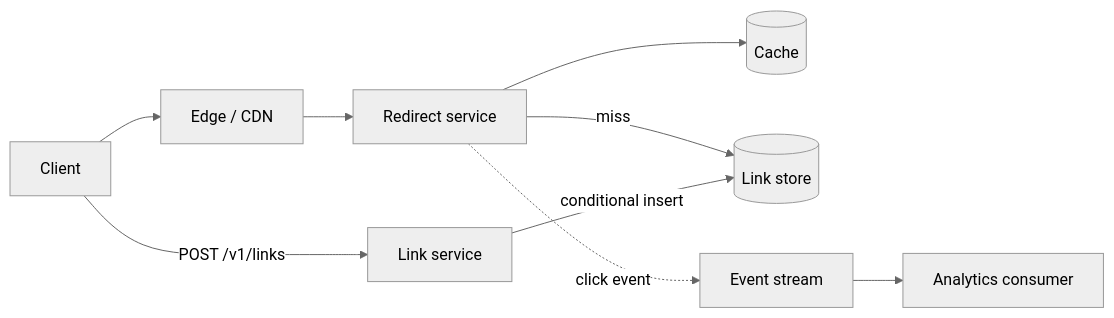
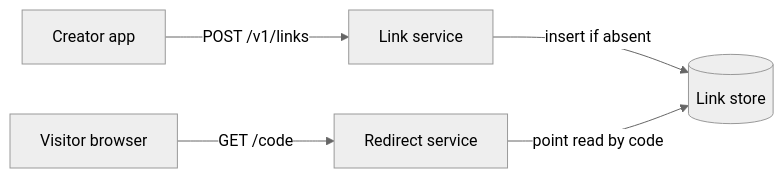
One commit to spabolu/system-design-modern changed the second of 13 diagrams in docs/06-case-studies/url-shortener.md. Above: the diagram before and after it, drawn with Mermaid (neutral theme). The commit also changed other lines of this file, not shown here.

````diff
--- a/docs/06-case-studies/url-shortener.md
+++ b/docs/06-case-studies/url-shortener.md
@@ -87,11 +129,7 @@
 ```mermaid
 flowchart LR
-  C[Client] --> E["Edge / CDN"]
-  E --> R[Redirect service]
-  C -->|"POST /v1/links"| W[Link service]
-  R --> K[(Cache)]
-  R -->|miss| DB[(Link store)]
-  W -->|conditional insert| DB
-  R -.->|click event| S[Event stream]
-  S --> A[Analytics consumer]
+  Creator[Creator app] -->|"POST /v1/links"| LS[Link service]
+  LS -->|"insert if absent"| DB[("Link store")]
+  Visitor[Visitor browser] -->|"GET /code"| RS[Redirect service]
+  RS -->|"point read by code"| DB
 ```
````
